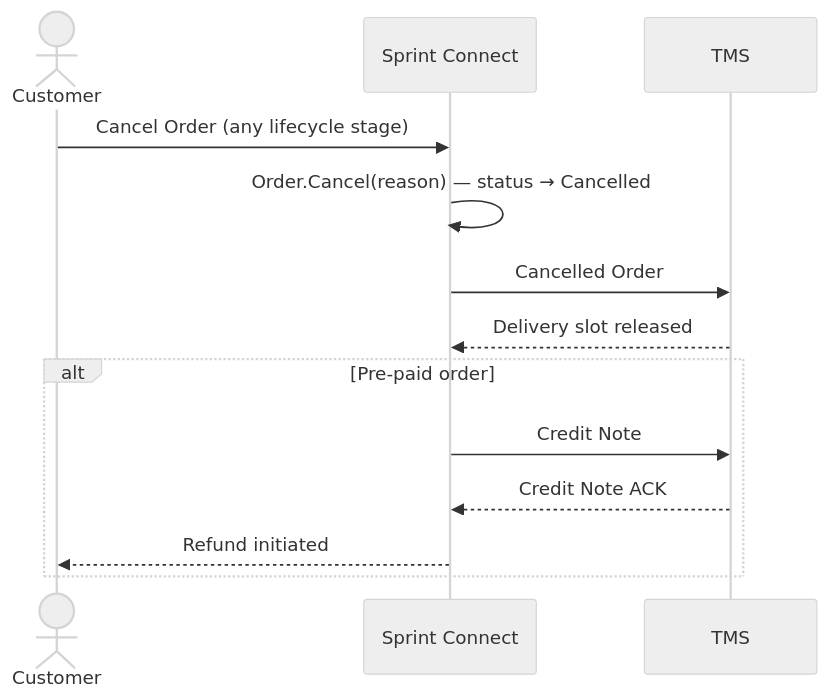
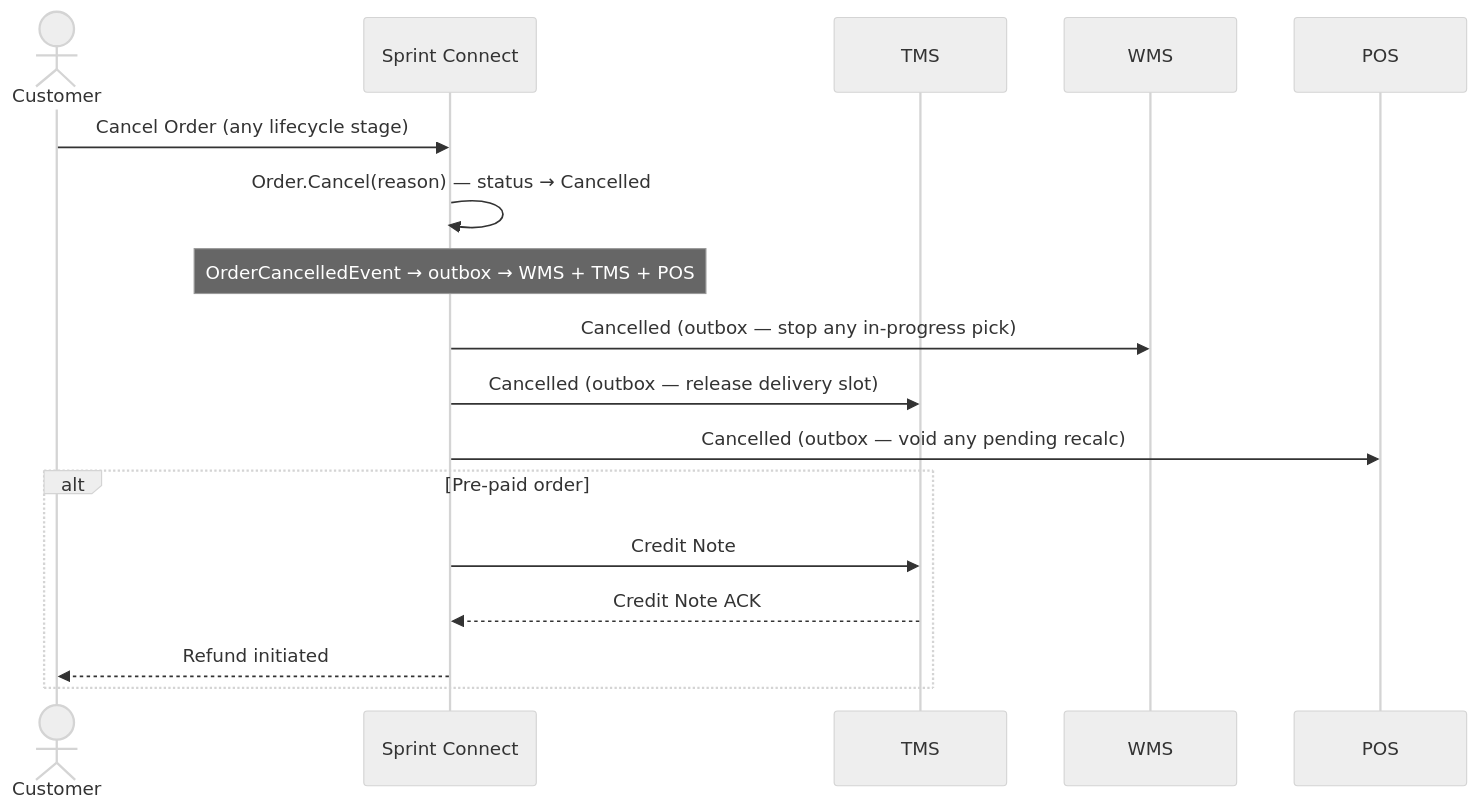
The third of 24 diagrams in result/oms-sequence-diagrams.md (rosered11/personal-claude), drawn with Mermaid (neutral theme) before and after one commit. The commit also changed other lines of this file and 184 other files, not shown here.

````diff
--- a/result/oms-sequence-diagrams.md
+++ b/result/oms-sequence-diagrams.md
@@ -112,18 +110,20 @@
 ```mermaid
 sequenceDiagram
     actor C as Customer
     participant SC as Sprint Connect
     participant TMS as TMS
 
     C->>SC: Cancel Order (any lifecycle stage)
     SC->>SC: Order.Cancel(reason) — status → Cancelled
+    Note over SC: OrderCancelledEvent → outbox → WMS + TMS + POS
 
-    SC->>TMS: Cancelled Order
-    TMS-->>SC: Delivery slot released
+    SC->>WMS: Cancelled (outbox — stop any in-progress pick)
+    SC->>TMS: Cancelled (outbox — release delivery slot)
+    SC->>POS: Cancelled (outbox — void any pending recalc)
 
     alt Pre-paid order
         SC->>TMS: Credit Note
         TMS-->>SC: Credit Note ACK
         SC-->>C: Refund initiated
     end
 ```
````
